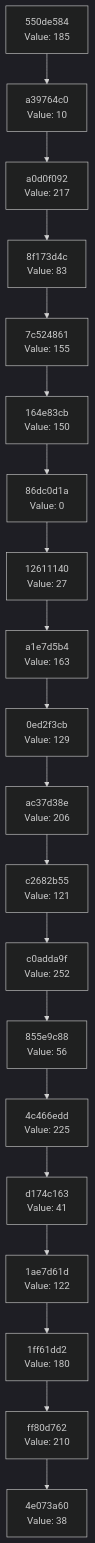
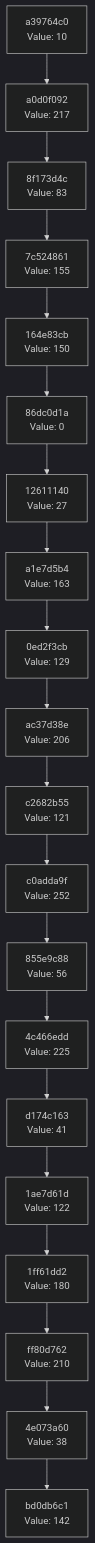
One commit to Abhisheksinha1506/hash-chain-evolver changed the diagram in docs/CHAIN_VISUALIZATION.md. Above: the diagram before and after it, drawn with Mermaid (dark theme). The commit also changed 2 other files, not shown here.

Commit message:
Evolution step: hash 0x8E → action executed

````diff
--- a/docs/CHAIN_VISUALIZATION.md
+++ b/docs/CHAIN_VISUALIZATION.md
@@ -3,42 +3,42 @@
 ```mermaid
 graph TD
-    C0["4e073a60<br/>Value: 38"]
-    C1["ff80d762<br/>Value: 210"]
+    C0["bd0db6c1<br/>Value: 142"]
+    C1["4e073a60<br/>Value: 38"]
     C1 --> C0
-    C2["1ff61dd2<br/>Value: 180"]
+    C2["ff80d762<br/>Value: 210"]
     C2 --> C1
-    C3["1ae7d61d<br/>Value: 122"]
+    C3["1ff61dd2<br/>Value: 180"]
     C3 --> C2
-    C4["d174c163<br/>Value: 41"]
+    C4["1ae7d61d<br/>Value: 122"]
     C4 --> C3
-    C5["4c466edd<br/>Value: 225"]
+    C5["d174c163<br/>Value: 41"]
     C5 --> C4
-    C6["855e9c88<br/>Value: 56"]
+    C6["4c466edd<br/>Value: 225"]
     C6 --> C5
-    C7["c0adda9f<br/>Value: 252"]
+    C7["855e9c88<br/>Value: 56"]
     C7 --> C6
-    C8["c2682b55<br/>Value: 121"]
+    C8["c0adda9f<br/>Value: 252"]
     C8 --> C7
-    C9["ac37d38e<br/>Value: 206"]
+    C9["c2682b55<br/>Value: 121"]
     C9 --> C8
-    C10["0ed2f3cb<br/>Value: 129"]
+    C10["ac37d38e<br/>Value: 206"]
     C10 --> C9
-    C11["a1e7d5b4<br/>Value: 163"]
+    C11["0ed2f3cb<br/>Value: 129"]
     C11 --> C10
-    C12["12611140<br/>Value: 27"]
+    C12["a1e7d5b4<br/>Value: 163"]
     C12 --> C11
-    C13["86dc0d1a<br/>Value: 0"]
+    C13["12611140<br/>Value: 27"]
     C13 --> C12
-    C14["164e83cb<br/>Value: 150"]
+    C14["86dc0d1a<br/>Value: 0"]
     C14 --> C13
-    C15["7c524861<br/>Value: 155"]
+    C15["164e83cb<br/>Value: 150"]
     C15 --> C14
-    C16["8f173d4c<br/>Value: 83"]
+    C16["7c524861<br/>Value: 155"]
     C16 --> C15
-    C17["a0d0f092<br/>Value: 217"]
+    C17["8f173d4c<br/>Value: 83"]
     C17 --> C16
-    C18["a39764c0<br/>Value: 10"]
+    C18["a0d0f092<br/>Value: 217"]
     C18 --> C17
-    C19["550de584<br/>Value: 185"]
+    C19["a39764c0<br/>Value: 10"]
     C19 --> C18
 ```
````
